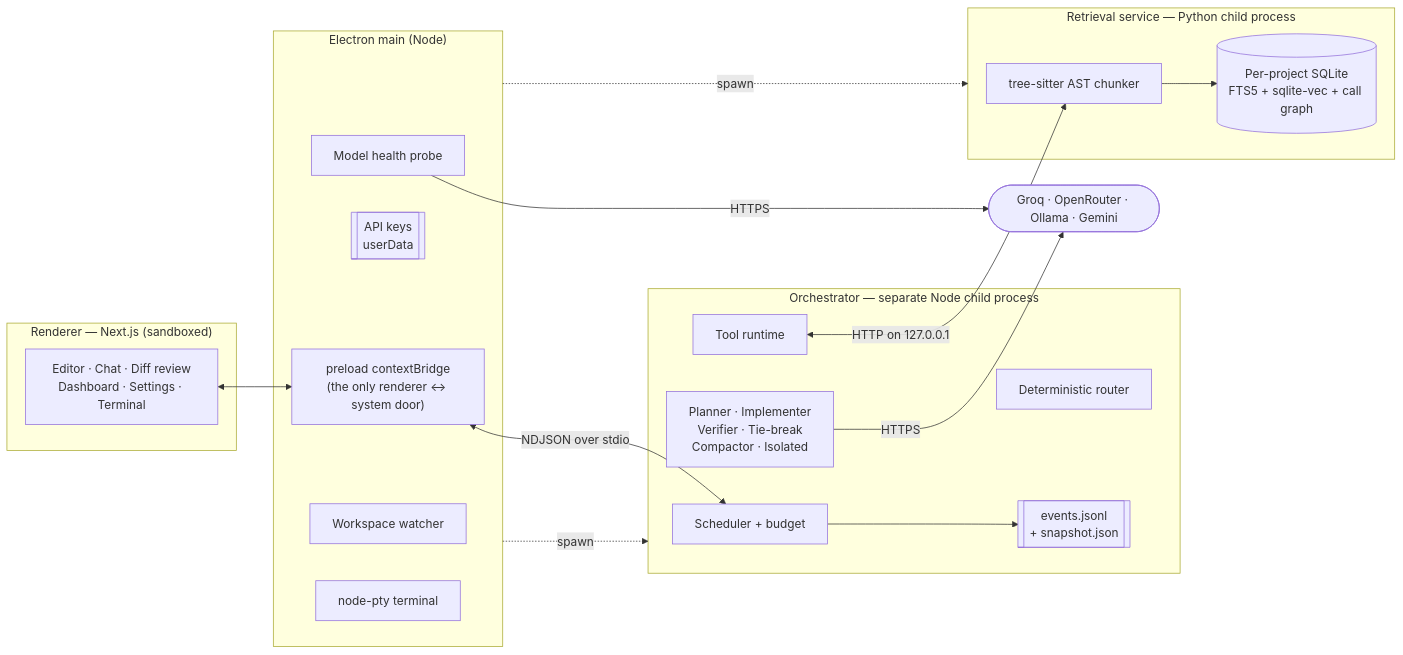
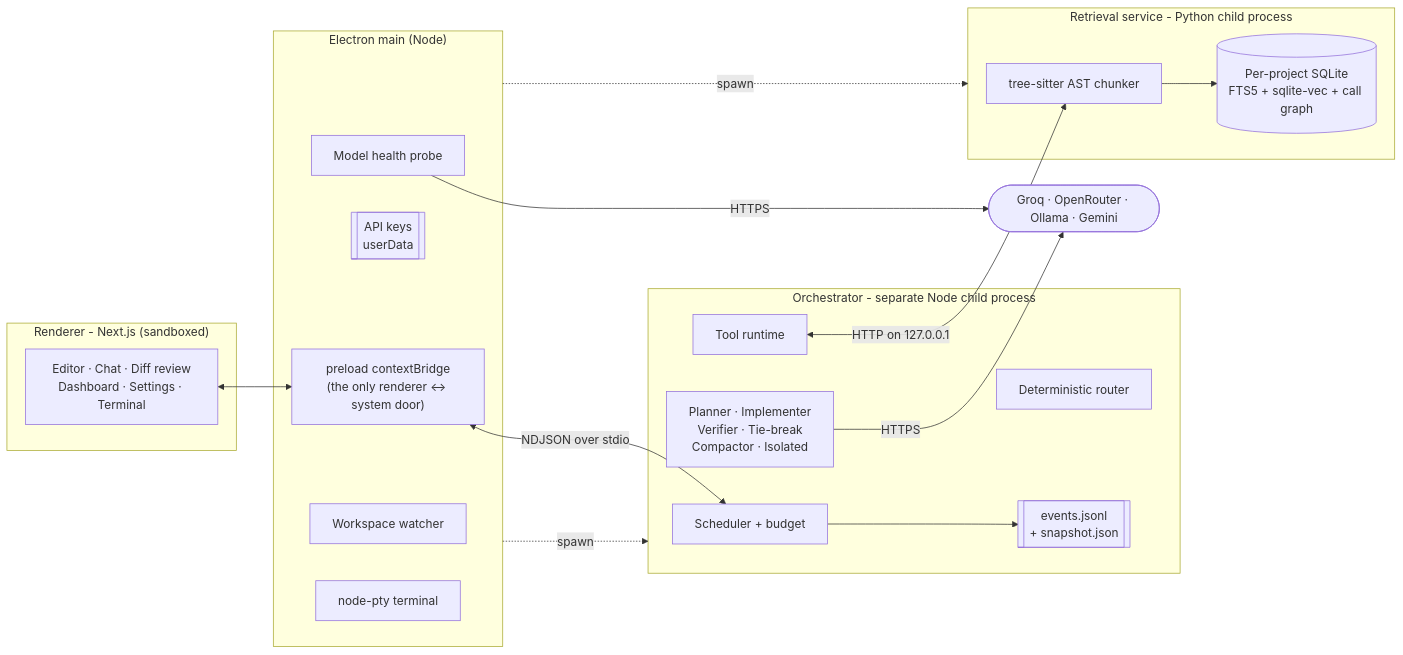
The first of 4 diagrams in next-electron-ide/README.md (ShubhgIITK25/Agent-Zero-Takneek), drawn with Mermaid before and after one commit. The commit also changed other lines of this file and 73 other files, not shown here.

````diff
--- a/next-electron-ide/README.md
+++ b/next-electron-ide/README.md
@@ -152,39 +152,39 @@
 ```mermaid
 flowchart LR
-  subgraph RND["Renderer — Next.js (sandboxed)"]
+  subgraph RND["Renderer  -  Next.js (sandboxed)"]
     UI["Editor · Chat · Diff review<br/>Dashboard · Settings · Terminal"]
   end
 
   subgraph MAIN["Electron main (Node)"]
     BRIDGE["preload contextBridge<br/>(the only renderer ↔ system door)"]
     KEYS[["API keys<br/>userData"]]
     HEALTH["Model health probe"]
     WATCH["Workspace watcher"]
     PTY["node-pty terminal"]
   end
 
-  subgraph ORCH["Orchestrator — separate Node child process"]
+  subgraph ORCH["Orchestrator  -  separate Node child process"]
     SCHED["Scheduler + budget"]
     ROUTER["Deterministic router"]
     AGENTS["Planner · Implementer<br/>Verifier · Tie-break<br/>Compactor · Isolated"]
     TOOLS["Tool runtime"]
     STORE[["events.jsonl<br/>+ snapshot.json"]]
   end
 
-  subgraph PY["Retrieval service — Python child process"]
+  subgraph PY["Retrieval service  -  Python child process"]
     CHUNK["tree-sitter AST chunker"]
     INDEX[("Per-project SQLite<br/>FTS5 + sqlite-vec + call graph")]
   end
 
   EXT(["Groq · OpenRouter · Ollama · Gemini"])
 
   UI <--> BRIDGE
   BRIDGE <-->|"NDJSON over stdio"| SCHED
   MAIN -.->|spawn| ORCH
   MAIN -.->|spawn| PY
   TOOLS <-->|"HTTP on 127.0.0.1"| CHUNK
   AGENTS -->|HTTPS| EXT
   HEALTH -->|HTTPS| EXT
   SCHED --> STORE
   CHUNK --> INDEX
 ```
````
